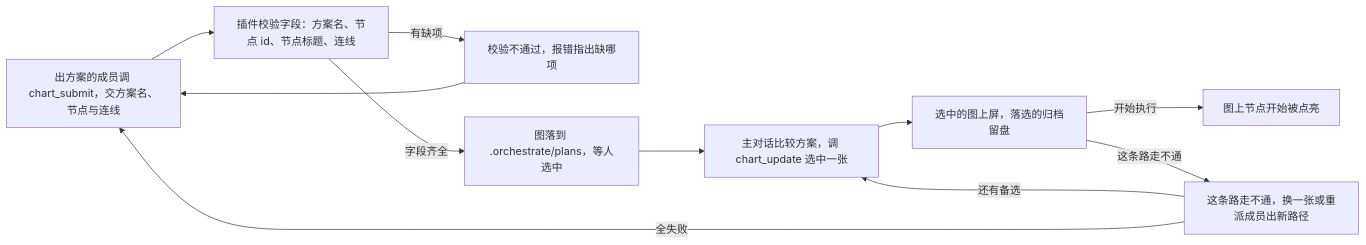
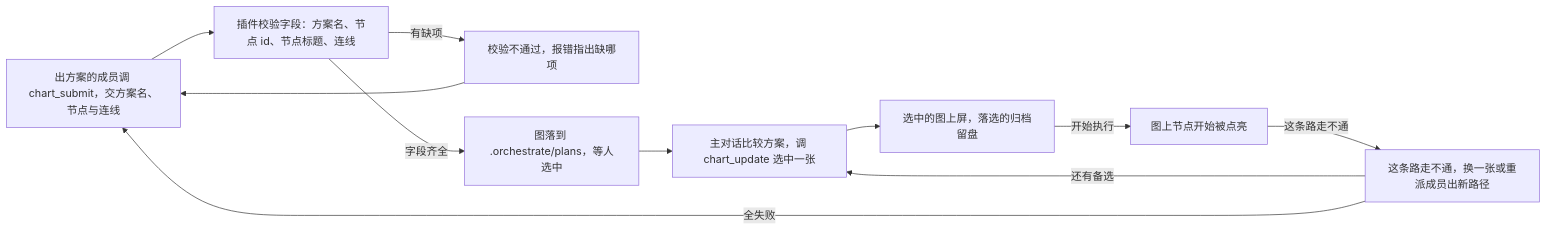
Before and after one commit to LMQ00/dsh-method: the diagram in .spec/flows/chart-flow.md, drawn with Mermaid. The commit also changed other lines of this file and 5 other files, not shown here.

````diff
--- a/.spec/flows/chart-flow.md
+++ b/.spec/flows/chart-flow.md
@@ -5,21 +5,21 @@
 ```mermaid
 flowchart LR
   c1["出方案的成员调 chart_submit，交方案名、节点与连线"]
   c2["插件校验字段：方案名、节点 id、节点标题、连线"]
   c3["校验不通过，报错指出缺哪项"]
   c4["图落到 .orchestrate/plans，等人选中"]
   c5["主对话比较方案，调 chart_update 选中一张"]
   c6["选中的图上屏，落选的归档留盘"]
   c7["图上节点开始被点亮"]
   c8["这条路走不通，换一张或重派成员出新路径"]
   c1 --> c2
   c2 -->|字段齐全| c4
   c2 -->|有缺项| c3
   c3 --> c1
   c4 --> c5
   c5 --> c6
   c6 -->|开始执行| c7
-  c6 -->|这条路走不通| c8
+  c7 -->|这条路走不通| c8
   c8 -->|还有备选| c5
   c8 -->|全失败| c1
 ```
````
